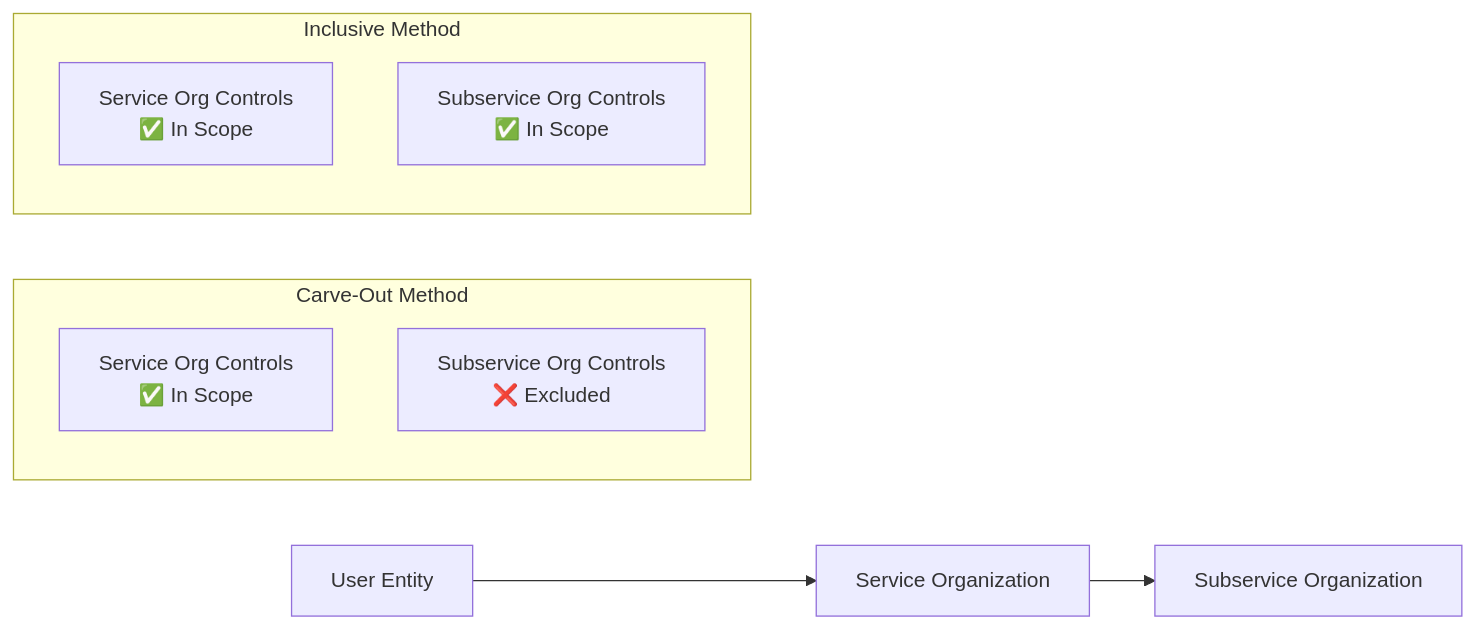
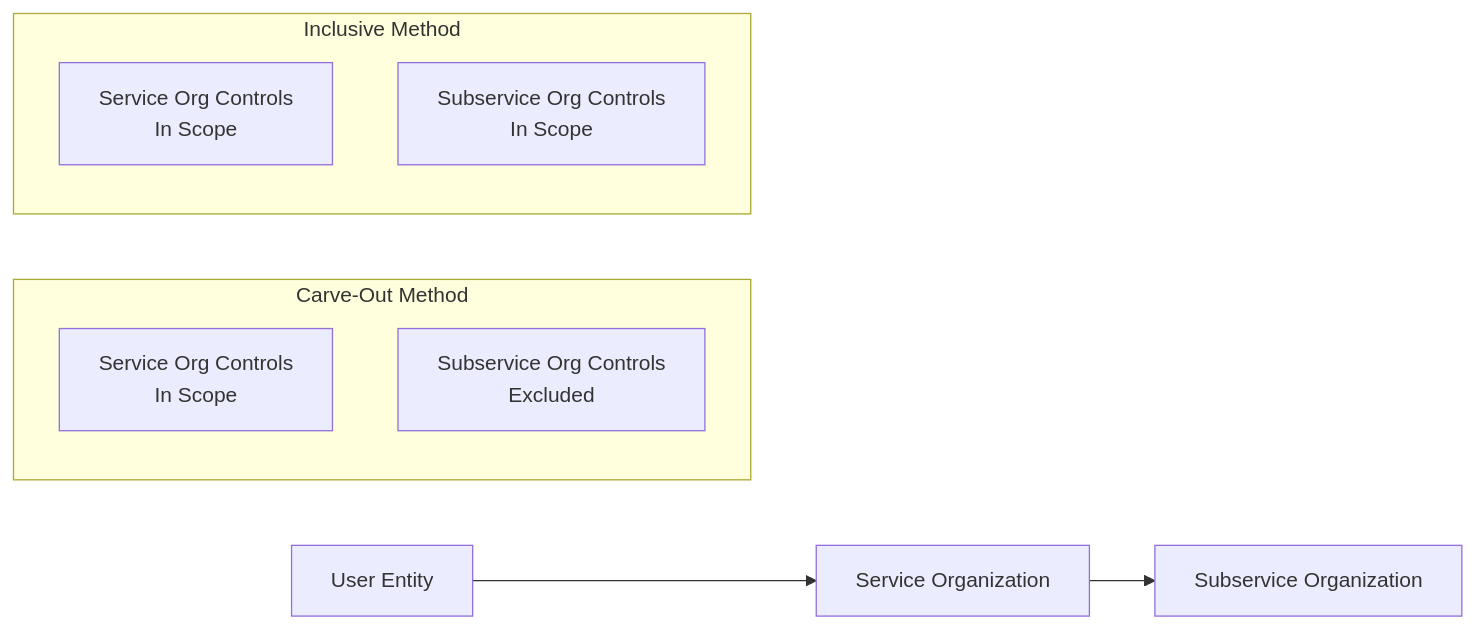
The diagram in docs/isc/soc-engagements/reporting-on-soc-engagements.md (subwaymatch/cpabear-book), drawn with Mermaid before and after one commit. The commit also changed other lines of this file and 222 other files, not shown here.

````diff
--- a/docs/isc/soc-engagements/reporting-on-soc-engagements.md
+++ b/docs/isc/soc-engagements/reporting-on-soc-engagements.md
@@ -65,13 +65,13 @@
 ```mermaid
 graph LR
     A["User Entity"] --> B["Service Organization"]
     B --> C["Subservice Organization"]
     subgraph "Carve-Out Method"
-        D["Service Org Controls<br/>✅ In Scope"]
-        E["Subservice Org Controls<br/>❌ Excluded"]
+        D["Service Org Controls<br/>In Scope"]
+        E["Subservice Org Controls<br/>Excluded"]
     end
     subgraph "Inclusive Method"
-        F["Service Org Controls<br/>✅ In Scope"]
-        G["Subservice Org Controls<br/>✅ In Scope"]
+        F["Service Org Controls<br/>In Scope"]
+        G["Subservice Org Controls<br/>In Scope"]
     end
 ```
````
